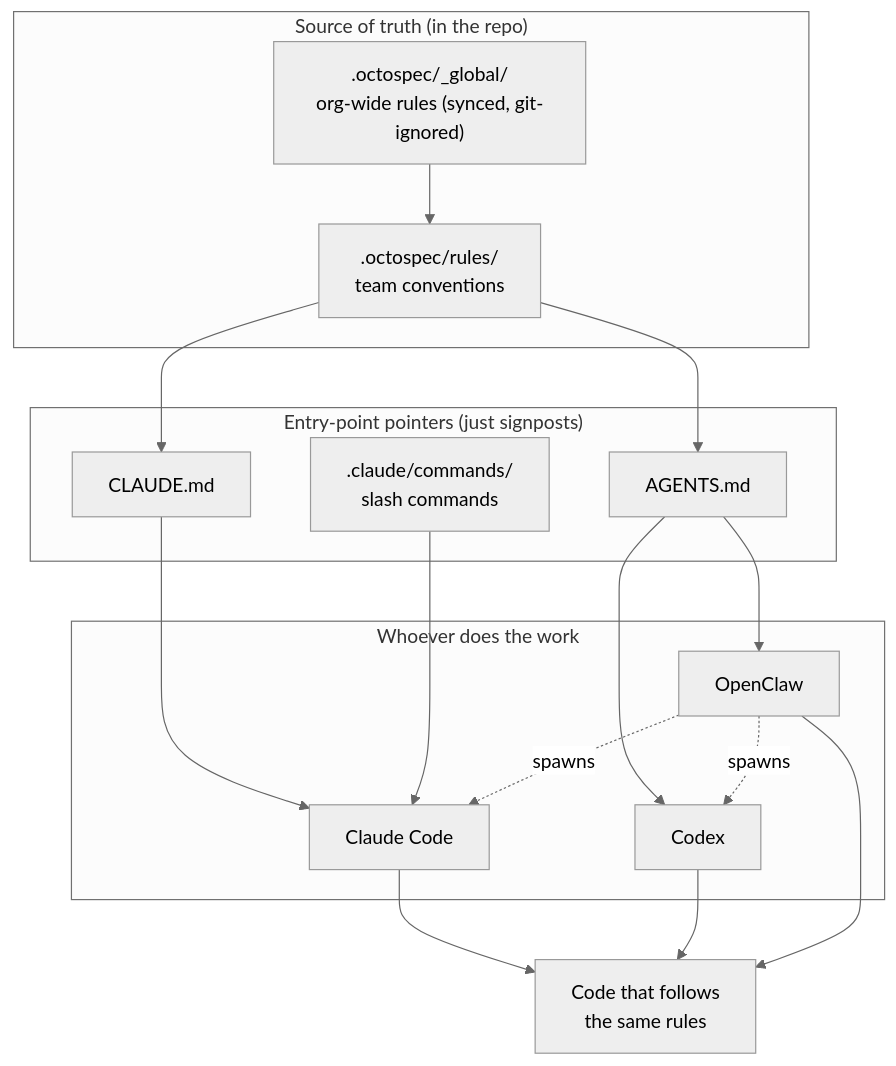
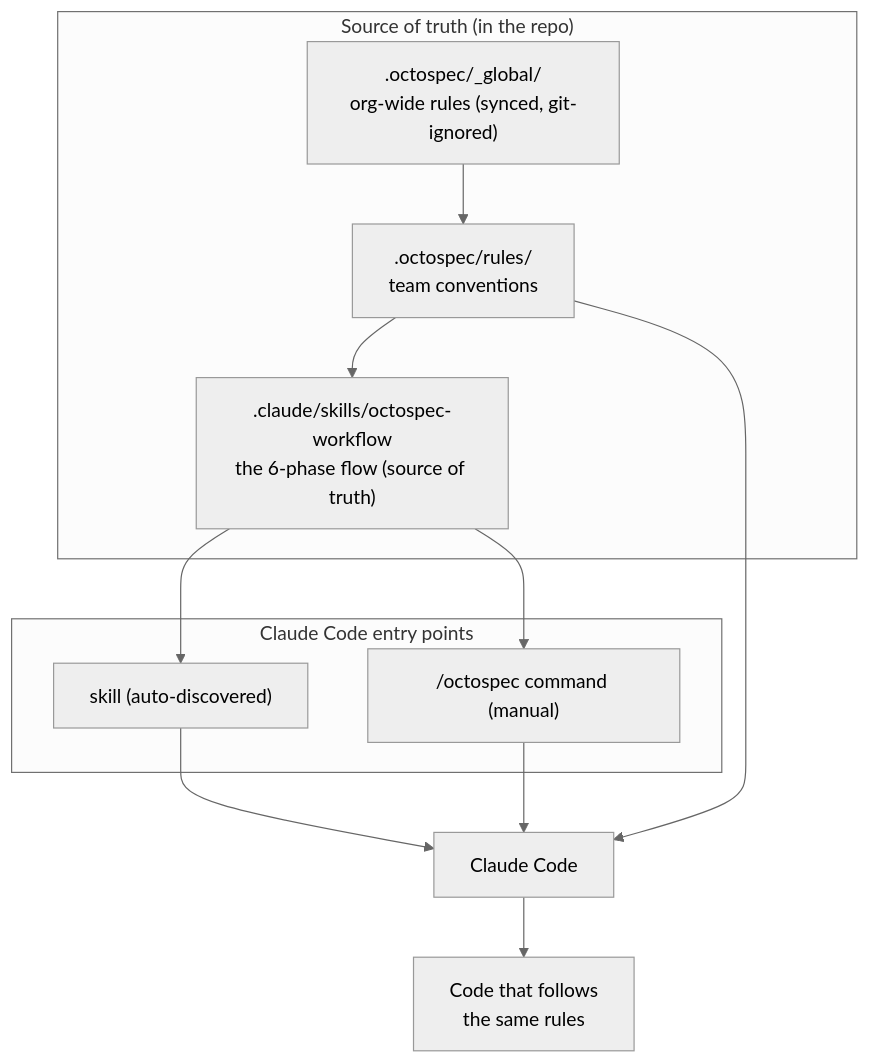
One commit to Mininglamp-OSS/octo-spec changed the first of 2 diagrams in README.md. Above: the diagram before and after it, drawn with Mermaid (neutral theme). The commit also changed other lines of this file and 17 other files, not shown here.

````diff
--- a/README.md
+++ b/README.md
@@ -18,30 +18,25 @@
 ```mermaid
 flowchart TD
     subgraph SOT["Source of truth (in the repo)"]
         R[".octospec/rules/<br/>team conventions"]
         G[".octospec/_global/<br/>org-wide rules (synced, git-ignored)"]
+        SK[".claude/skills/octospec-workflow<br/>the 6-phase flow (source of truth)"]
     end
 
-    subgraph Pointers["Entry-point pointers (just signposts)"]
-        C["CLAUDE.md"]
-        A["AGENTS.md"]
-        CMD[".claude/commands/<br/>slash commands"]
+    subgraph Entry["Claude Code entry points"]
+        SKILL["skill (auto-discovered)"]
+        CMD["/octospec command (manual)"]
     end
 
-    subgraph Agents["Whoever does the work"]
-        CC["Claude Code"]
-        CX["Codex"]
-        OC["OpenClaw"]
-    end
+    CC["Claude Code"]
 
-    R --> C & A
+    R --> SK
     G --> R
-    C --> CC
+    SK --> SKILL
+    SK --> CMD
+    SKILL --> CC
     CMD --> CC
-    A --> CX
-    A --> OC
-    OC -.spawns.-> CC
-    OC -.spawns.-> CX
+    R --> CC
 
-    CC & CX & OC --> OUT["Code that follows<br/>the same rules"]
+    CC --> OUT["Code that follows<br/>the same rules"]
 ```
````
